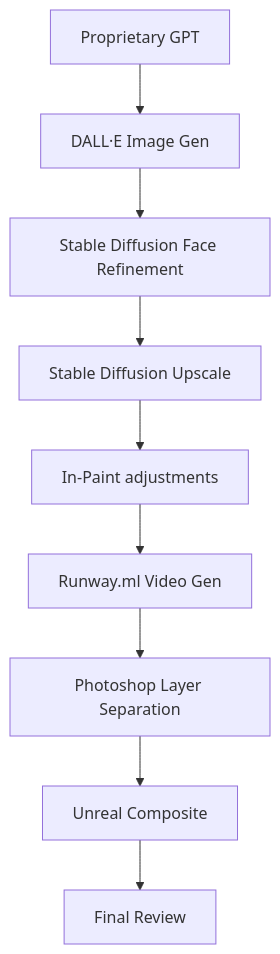
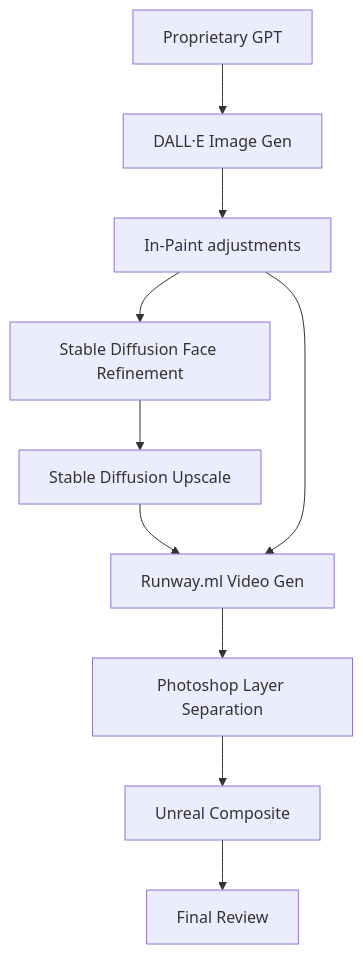
One commit to diamond-one/hybrid-AI-animated-shorts-pipeline changed the diagram in bg-Character-workflow.md. Above: the diagram before and after it, drawn with Mermaid. The commit also changed 2 other files, not shown here.

Commit message:
sketch flowchart

````diff
--- a/bg-Character-workflow.md
+++ b/bg-Character-workflow.md
@@ -3,22 +3,23 @@
 ```mermaid
 flowchart TD
     node1["Proprietary GPT"]
     node2["DALL·E Image Gen"]
     node2a["In-Paint adjustments"]
     node4["Stable Diffusion Face Refinement"]
     node5["Stable Diffusion Upscale"]
     node6["Runway.ml Video Gen"]
     node7["Photoshop Layer Separation"]
     node8["Unreal Composite"]
     node9["Final Review"]
 
     node1 --> node2
-    node2 --> node4
+    node2 --> node2a
+    node2a --> node4
     node4 --> node5
-    node5 --> node2a
-    node2a --> node6
+    node5 --> node6
+    node2a ---> node6
     node6 --> node7
     node7 --> node8
     node8 --> node9
 
 ```
````
